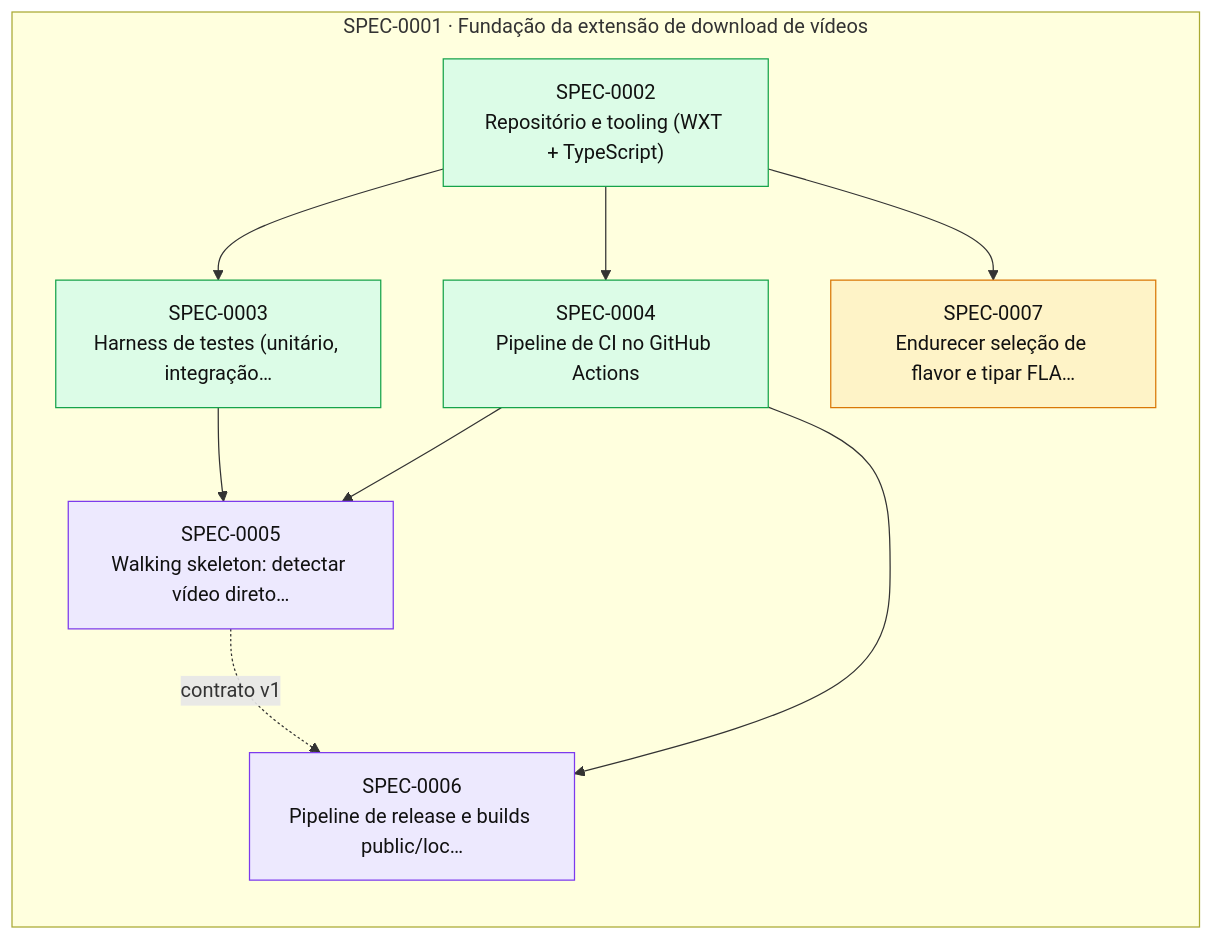
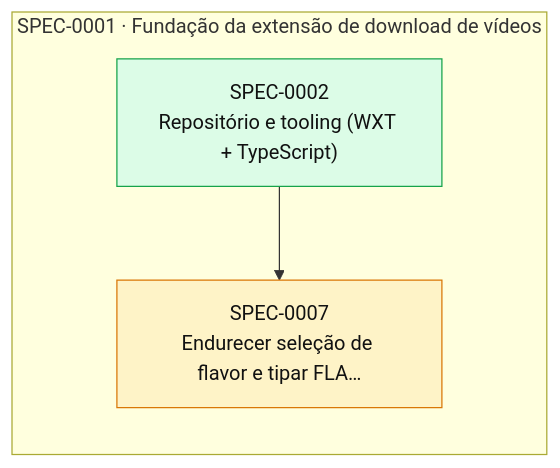
One commit to thomasravache/video-downloader changed the diagram in docs/specs/INDEX.md. Above: the diagram before and after it, drawn with Mermaid. The commit also changed other lines of this file and 3 other files, not shown here.

````diff
--- a/docs/specs/INDEX.md
+++ b/docs/specs/INDEX.md
@@ -58,23 +56,13 @@
 ```mermaid
 flowchart LR
   subgraph E0001["SPEC-0001 · Fundação da extensão de download de vídeos"]
     S0002["SPEC-0002<br/>Repositório e tooling (WXT + TypeScript)"]:::implemented
-    S0003["SPEC-0003<br/>Harness de testes (unitário, integração…"]:::implemented
-    S0004["SPEC-0004<br/>Pipeline de CI no GitHub Actions"]:::implemented
-    S0005["SPEC-0005<br/>Walking skeleton: detectar vídeo direto…"]:::inprogress
-    S0006["SPEC-0006<br/>Pipeline de release e builds public/loc…"]:::inprogress
     S0007["SPEC-0007<br/>Endurecer seleção de flavor e tipar FLA…"]:::proposed
   end
-  S0002 --> S0003
-  S0002 --> S0004
-  S0003 --> S0005
-  S0004 --> S0005
-  S0004 --> S0006
-  S0005 -. contrato v1 .-> S0006
   S0002 --> S0007
   classDef proposed fill:#fef3c7,stroke:#d97706,color:#111
   classDef approved fill:#dbeafe,stroke:#2563eb,color:#111
   classDef inprogress fill:#ede9fe,stroke:#7c3aed,color:#111
   classDef implemented fill:#dcfce7,stroke:#16a34a,color:#111
   classDef deprecated fill:#f3f4f6,stroke:#9ca3af,color:#6b7280
 ```
````
